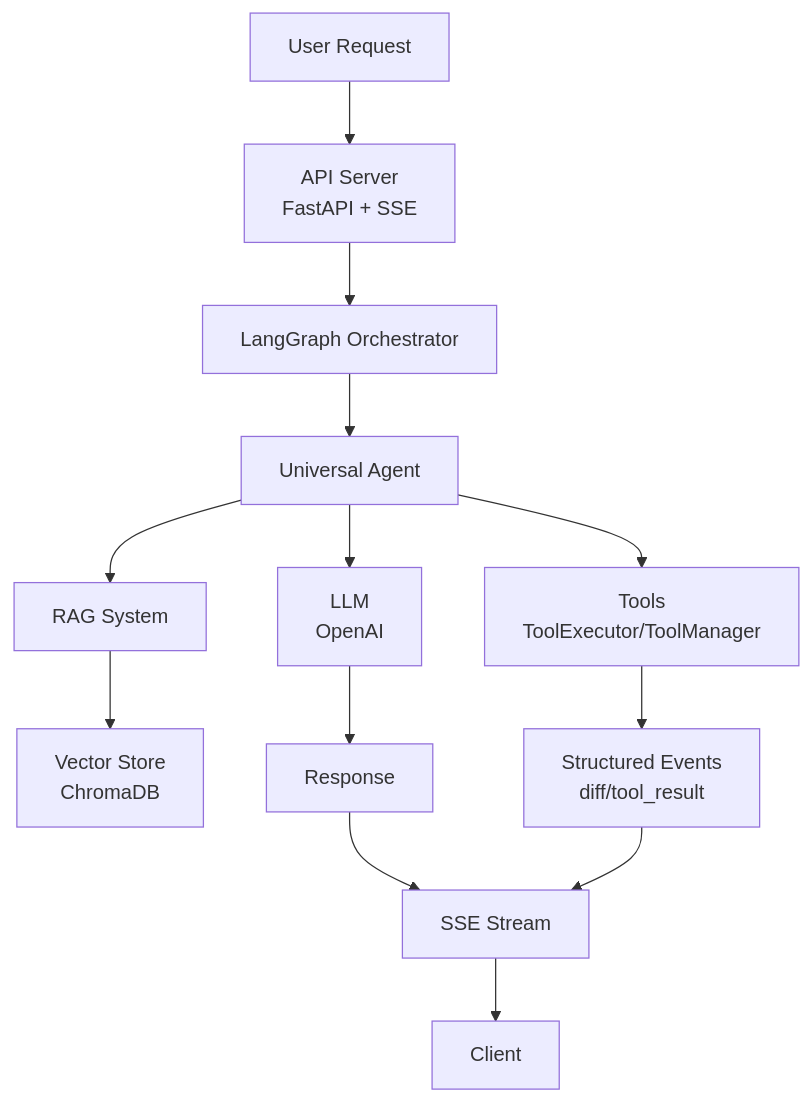
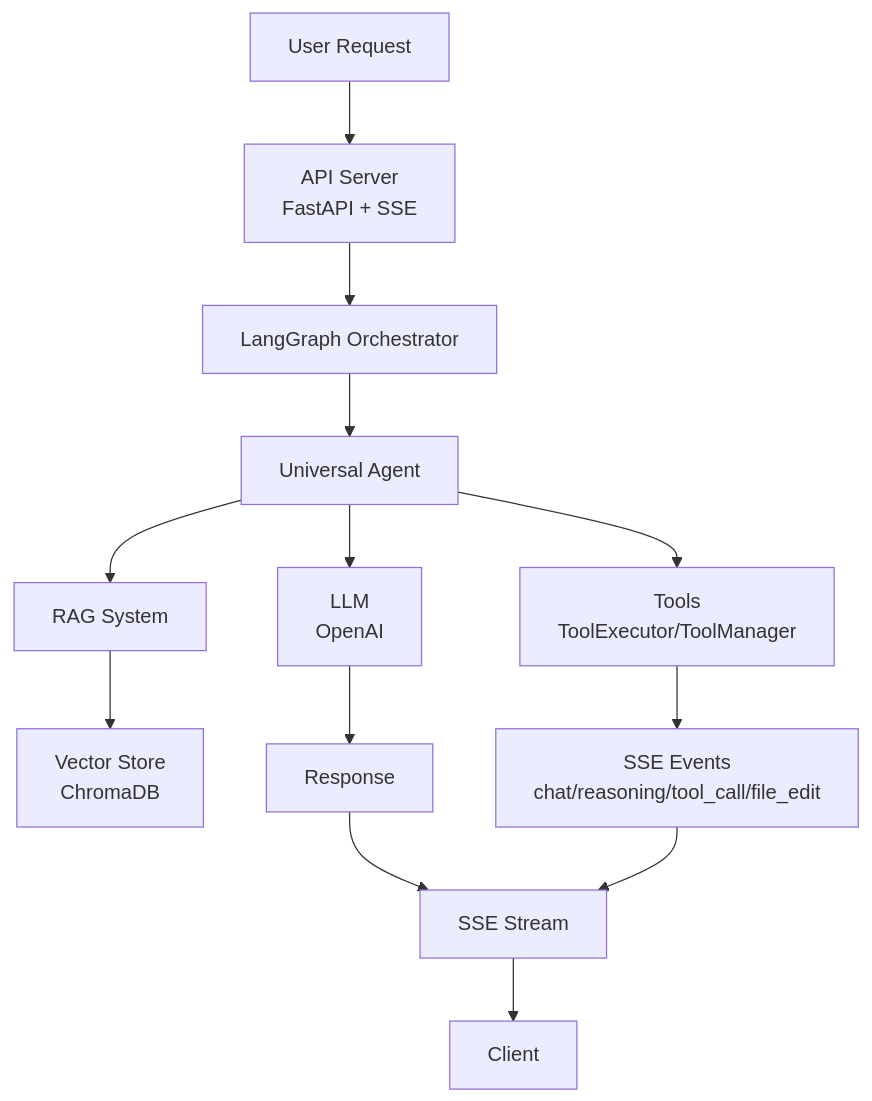
The diagram in README.md (AgentSmithyAI/agentsmithy-agent), drawn with Mermaid before and after one commit. The commit also changed other lines of this file and 28 other files, not shown here.

````diff
--- a/README.md
+++ b/README.md
@@ -21,15 +21,15 @@
 ```mermaid
 graph TD
     A[User Request] --> B[API Server<br/>FastAPI + SSE]
     B --> C[LangGraph Orchestrator]
     C --> U[Universal Agent]
     U --> R[RAG System]
     R --> K[Vector Store<br/>ChromaDB]
     U --> T[Tools<br/>ToolExecutor/ToolManager]
     U --> M[LLM<br/>OpenAI]
     M --> N[Response]
-    T --> O1[Structured Events<br/>diff/tool_result]
+    T --> O1[SSE Events<br/>chat/reasoning/tool_call/file_edit]
     N --> O[SSE Stream]
     O1 --> O
     O --> P[Client]
 ```
````
